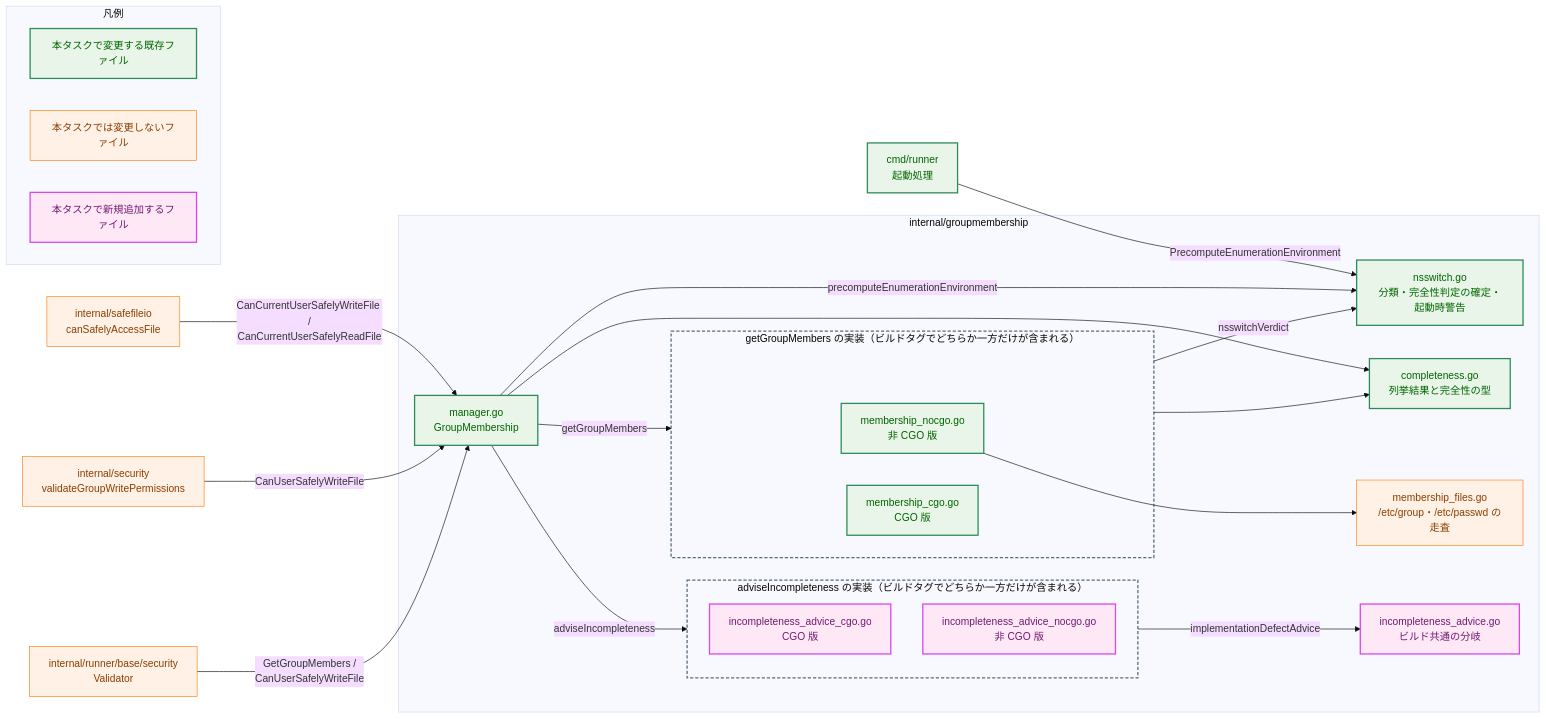
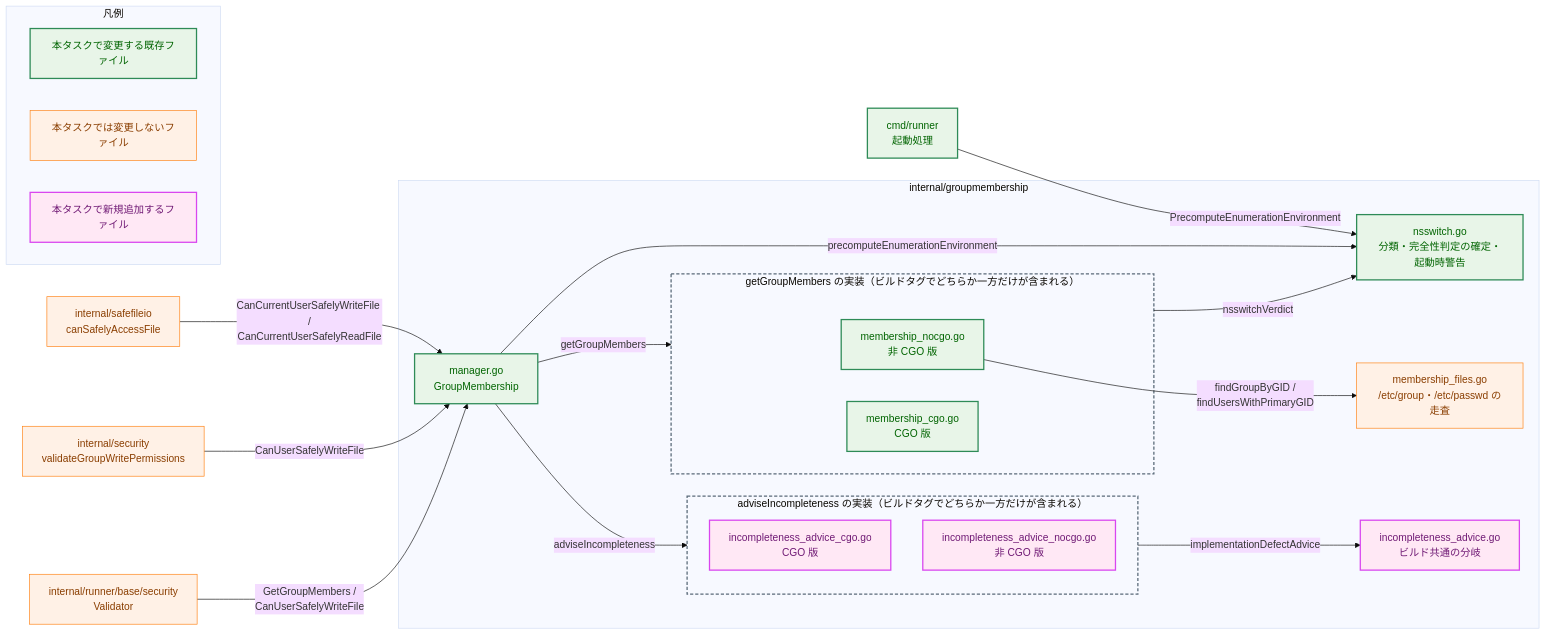
One commit to isseis/go-safe-cmd-runner changed the second of 7 diagrams in docs/tasks/0169_groupmembership_cgo_enumeration_completeness/02_architecture.md. Above: the diagram before and after it, drawn with Mermaid (base theme). The commit also changed other lines of this file, not shown here.

Commit message:
docs(0169): keep the architecture diagram to call relationships
completeness.go holds types only, so its two arrows were the last edges
in §2.1 that meant "uses these types" rather than a call, and the only
unlabelled solid edges left. Remove the node and state the rule with the
existing test-file exclusion: the diagram shows production call
relationships, and files outside that — test-tagged and type-only — are
carried by the §2.2 and §3.6 tables, which already record this file's
doc-comment change.

With it gone every remaining edge names a function, so membership_files.go's
edge gets its names too and the arrow semantics collapse to one rule.

Claude-Session: https://claude.ai/code/session_0198kwB17nNuGJfjRmaV4XaG

````diff
--- a/docs/tasks/0169_groupmembership_cgo_enumeration_completeness/02_architecture.md
+++ b/docs/tasks/0169_groupmembership_cgo_enumeration_completeness/02_architecture.md
@@ -114,53 +114,50 @@
 ```mermaid
 flowchart LR
     classDef data fill:#e6f7ff,stroke:#1f77b4,stroke-width:1px,color:#0b3d91;
     classDef process fill:#fff1e6,stroke:#ff7f0e,stroke-width:1px,color:#8a3e00;
     classDef enhanced fill:#e8f5e8,stroke:#2e8b57,stroke-width:2px,color:#006400;
     classDef newpkg fill:#ffe8f5,stroke:#d946ef,stroke-width:2px,color:#701a75;
 
     SFIO["internal/safefileio<br>canSafelyAccessFile"] -->|"CanCurrentUserSafelyWriteFile /<br>CanCurrentUserSafelyReadFile"| MGR
     DPC["internal/security<br>validateGroupWritePermissions"] -->|"CanUserSafelyWriteFile"| MGR
     RSV["internal/runner/base/security<br>Validator"] -->|"GetGroupMembers /<br>CanUserSafelyWriteFile"| MGR
     RUN["cmd/runner<br>起動処理"] -->|"PrecomputeEnumerationEnvironment"| NSW
 
     subgraph GMP["internal/groupmembership"]
         MGR["manager.go<br>GroupMembership"]
-        CMP["completeness.go<br>列挙結果と完全性の型"]
         NSW["nsswitch.go<br>分類・完全性判定の確定・起動時警告"]
         FIL["membership_files.go<br>/etc/group・/etc/passwd の走査"]
         ADV["incompleteness_advice.go<br>ビルド共通の分岐"]
 
         subgraph ENUMG["getGroupMembers の実装（ビルドタグでどちらか一方だけが含まれる）"]
             NOC["membership_nocgo.go<br>非 CGO 版"]
             CGO["membership_cgo.go<br>CGO 版"]
         end
 
         subgraph ADVG["adviseIncompleteness の実装（ビルドタグでどちらか一方だけが含まれる）"]
             ADC["incompleteness_advice_cgo.go<br>CGO 版"]
             ADN["incompleteness_advice_nocgo.go<br>非 CGO 版"]
         end
     end
 
-    MGR --> CMP
     MGR -->|"precomputeEnumerationEnvironment"| NSW
     MGR -->|"adviseIncompleteness"| ADVG
     ADVG -->|"implementationDefectAdvice"| ADV
-    ENUMG --> CMP
     ENUMG -->|"nsswitchVerdict"| NSW
-    NOC --> FIL
+    NOC -->|"findGroupByGID /<br>findUsersWithPrimaryGID"| FIL
     MGR -->|"getGroupMembers"| ENUMG
 
     class SFIO,DPC,RSV,FIL process
-    class RUN,NSW,CGO,NOC,MGR,CMP enhanced
+    class RUN,NSW,CGO,NOC,MGR enhanced
     class ADV,ADC,ADN newpkg
 
     style ENUMG fill:transparent,stroke:#5b6b7a,stroke-width:2px,stroke-dasharray:5 3;
     style ADVG fill:transparent,stroke:#5b6b7a,stroke-width:2px,stroke-dasharray:5 3;
 
     subgraph Legend["凡例"]
         direction LR
         LG1["本タスクで変更する既存ファイル"]:::enhanced
         LG2["本タスクでは変更しないファイル"]:::process
         LG3["本タスクで新規追加するファイル"]:::newpkg
     end
 ```
````
